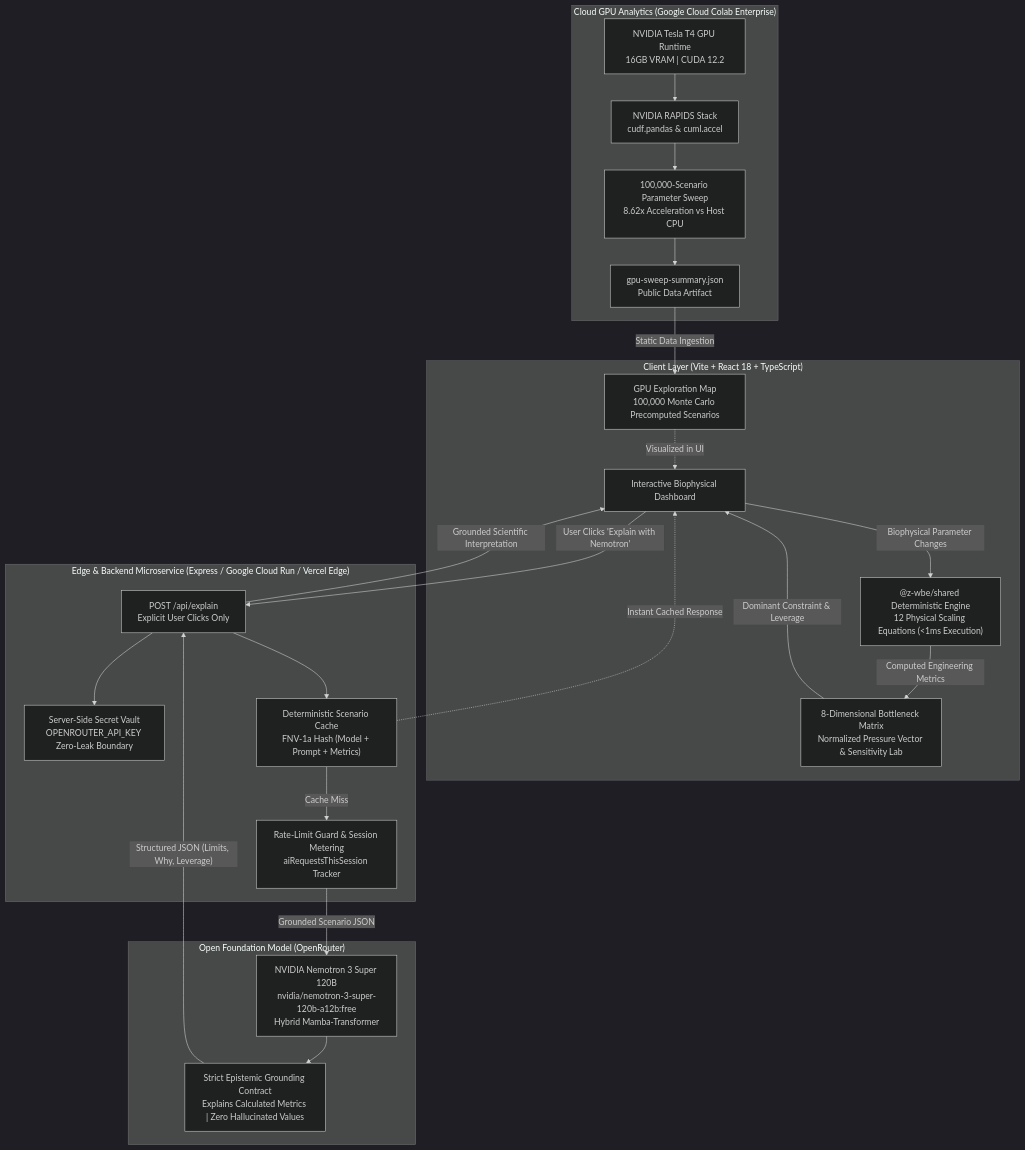
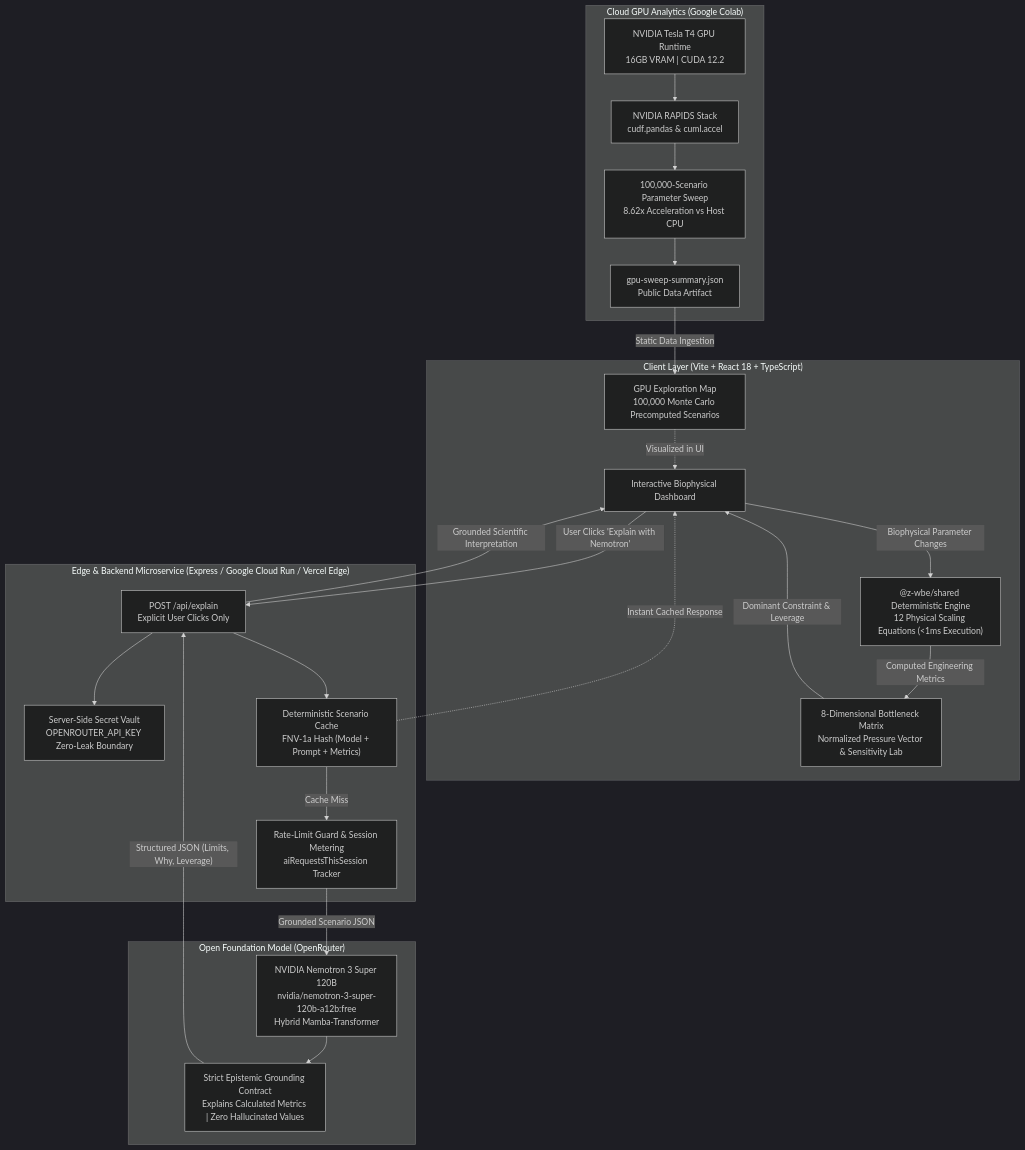
Before and after one commit to zrt219/Z-WBE-Bottleneck-Lab: the first of 3 diagrams in README.md, drawn with Mermaid (dark theme). The commit also changed other lines of this file and 52 other files, not shown here.

````diff
--- a/README.md
+++ b/README.md
@@ -265,50 +265,50 @@
 ```mermaid
 flowchart TD
     subgraph ClientLayer ["Client Layer (Vite + React 18 + TypeScript)"]
         UI["Interactive Biophysical Dashboard"]
         SharedCalc["@z-wbe/shared Deterministic Engine<br/>12 Physical Scaling Equations (&lt;1ms Execution)"]
         PressureCalc["8-Dimensional Bottleneck Matrix<br/>Normalized Pressure Vector & Sensitivity Lab"]
         SweepMap["GPU Exploration Map<br/>100,000 Monte Carlo Precomputed Scenarios"]
         
         UI -->|"Biophysical Parameter Changes"| SharedCalc
         SharedCalc -->|"Computed Engineering Metrics"| PressureCalc
         PressureCalc -->|"Dominant Constraint & Leverage"| UI
         SweepMap -.->|"Visualized in UI"| UI
     end
 
     subgraph EdgeLayer ["Edge & Backend Microservice (Express / Google Cloud Run / Vercel Edge)"]
         ExplainRoute["POST /api/explain<br/>Explicit User Clicks Only"]
         SecretVault["Server-Side Secret Vault<br/>OPENROUTER_API_KEY Zero-Leak Boundary"]
         CacheStore["Deterministic Scenario Cache<br/>FNV-1a Hash (Model + Prompt + Metrics)"]
         RateGuard["Rate-Limit Guard & Session Metering<br/>aiRequestsThisSession Tracker"]
         
         ExplainRoute --> SecretVault
         ExplainRoute --> CacheStore
         CacheStore -->|"Cache Miss"| RateGuard
     end
 
     subgraph LLMLayer ["Open Foundation Model (OpenRouter)"]
         NemotronModel["NVIDIA Nemotron 3 Super 120B<br/>nvidia/nemotron-3-super-120b-a12b:free<br/>Hybrid Mamba-Transformer"]
         GroundingContract["Strict Epistemic Grounding Contract<br/>Explains Calculated Metrics | Zero Hallucinated Values"]
         
         RateGuard -->|"Grounded Scenario JSON"| NemotronModel
         NemotronModel --> GroundingContract
         GroundingContract -->|"Structured JSON (Limits, Why, Leverage)"| ExplainRoute
     end
 
-    subgraph GPULayer ["Cloud GPU Analytics (Google Cloud Colab Enterprise)"]
+    subgraph GPULayer ["Cloud GPU Analytics (Google Colab)"]
         TeslaT4["NVIDIA Tesla T4 GPU Runtime<br/>16GB VRAM | CUDA 12.2"]
         RAPIDSStack["NVIDIA RAPIDS Stack<br/>cudf.pandas & cuml.accel"]
         MonteCarloSweep["100,000-Scenario Parameter Sweep<br/>8.62x Acceleration vs Host CPU"]
         ExportData["gpu-sweep-summary.json<br/>Public Data Artifact"]
         
         TeslaT4 --> RAPIDSStack
         RAPIDSStack --> MonteCarloSweep
         MonteCarloSweep --> ExportData
     end
 
     UI -->|"User Clicks 'Explain with Nemotron'"| ExplainRoute
     CacheStore -.->|"Instant Cached Response"| UI
     ExplainRoute -->|"Grounded Scientific Interpretation"| UI
     ExportData -->|"Static Data Ingestion"| SweepMap
 ```
````
